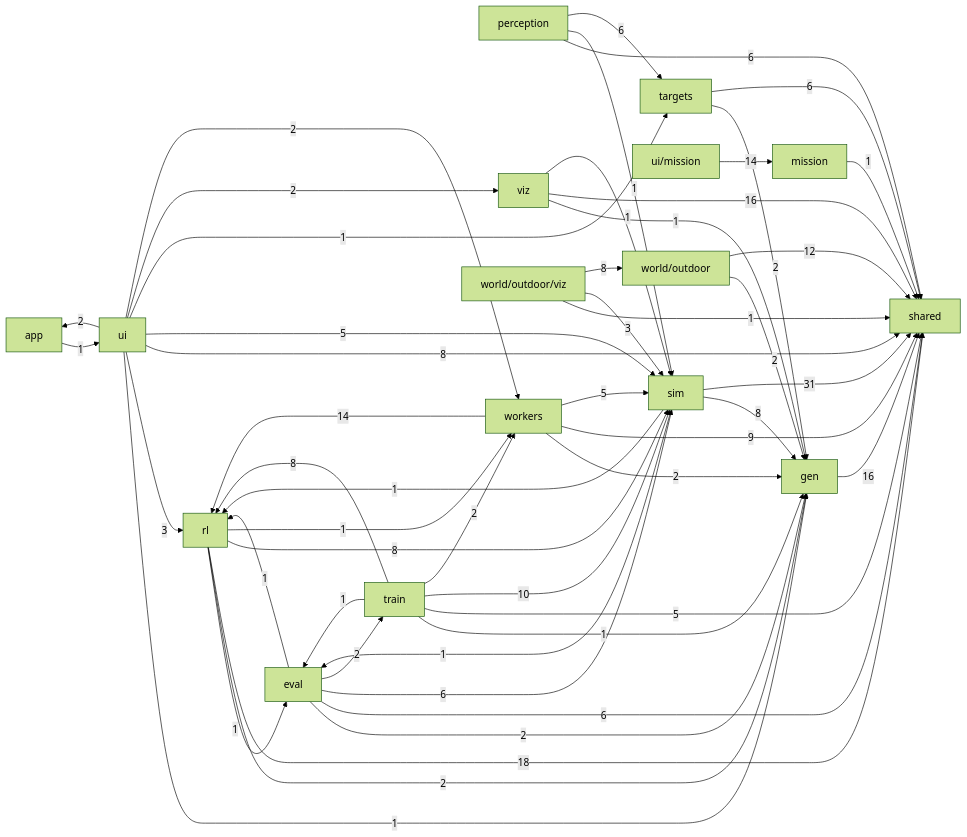
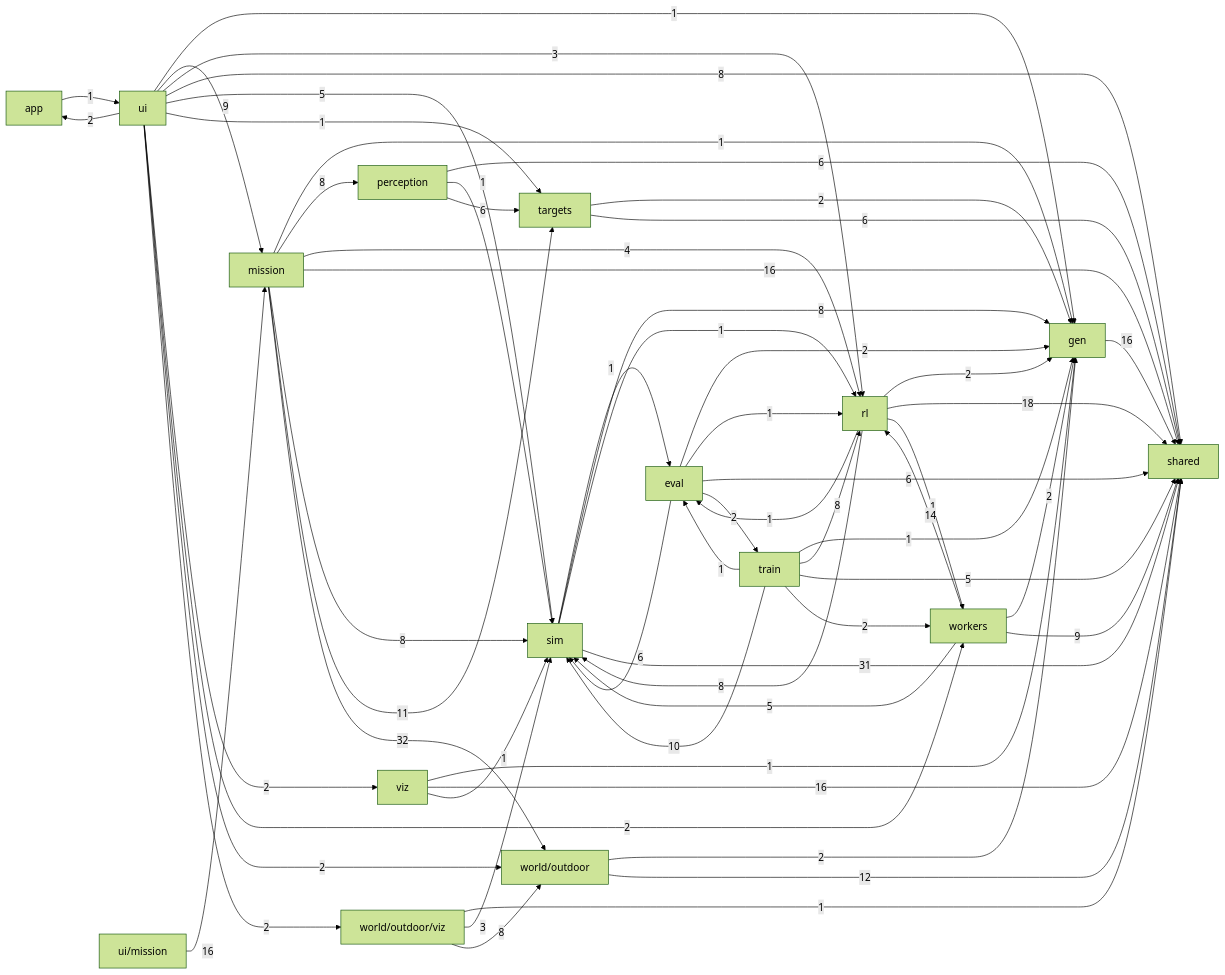
Before and after one commit to alexnieves-cs/frontier-fly: the second of 2 diagrams in docs/ARCHITECTURE.md, drawn with Mermaid (forest theme). The commit also changed other lines of this file and 10 other files, not shown here.

````diff
--- a/docs/ARCHITECTURE.md
+++ b/docs/ARCHITECTURE.md
@@ -75,68 +75,77 @@
 ```mermaid
 flowchart LR
   app["app"]
   eval["eval"]
   gen["gen"]
   mission["mission"]
   perception["perception"]
   rl["rl"]
   shared["shared"]
   sim["sim"]
   targets["targets"]
   train["train"]
   ui["ui"]
   ui_mission["ui/mission"]
   viz["viz"]
   workers["workers"]
   world_outdoor["world/outdoor"]
   world_outdoor_viz["world/outdoor/viz"]
   app -->|1| ui
   eval -->|2| gen
   eval -->|1| rl
   eval -->|6| shared
   eval -->|6| sim
   eval -->|2| train
   gen -->|16| shared
-  mission -->|1| shared
+  mission -->|1| gen
+  mission -->|8| perception
+  mission -->|4| rl
+  mission -->|16| shared
+  mission -->|8| sim
+  mission -->|11| targets
+  mission -->|32| world_outdoor
   perception -->|6| shared
   perception -->|1| sim
   perception -->|6| targets
   rl -->|1| eval
   rl -->|2| gen
   rl -->|18| shared
   rl -->|8| sim
   rl -->|1| workers
   sim -->|1| eval
   sim -->|8| gen
   sim -->|1| rl
   sim -->|31| shared
   targets -->|2| gen
   targets -->|6| shared
   train -->|1| eval
   train -->|1| gen
   train -->|8| rl
   train -->|5| shared
   train -->|10| sim
   train -->|2| workers
-  ui_mission -->|14| mission
+  ui_mission -->|16| mission
   ui -->|2| app
   ui -->|1| gen
+  ui -->|9| mission
   ui -->|3| rl
   ui -->|8| shared
   ui -->|5| sim
   ui -->|1| targets
   ui -->|2| viz
   ui -->|2| workers
+  ui -->|2| world_outdoor
+  ui -->|2| world_outdoor_viz
   viz -->|1| gen
   viz -->|16| shared
   viz -->|1| sim
   workers -->|2| gen
   workers -->|14| rl
   workers -->|9| shared
   workers -->|5| sim
   world_outdoor_viz -->|1| shared
   world_outdoor_viz -->|3| sim
   world_outdoor_viz -->|8| world_outdoor
   world_outdoor -->|2| gen
   world_outdoor -->|12| shared
 ```
````
